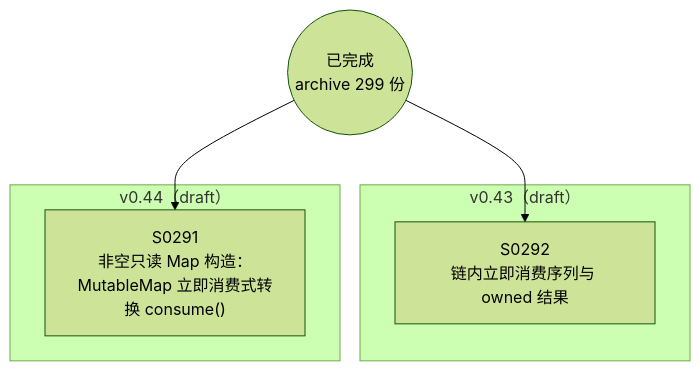
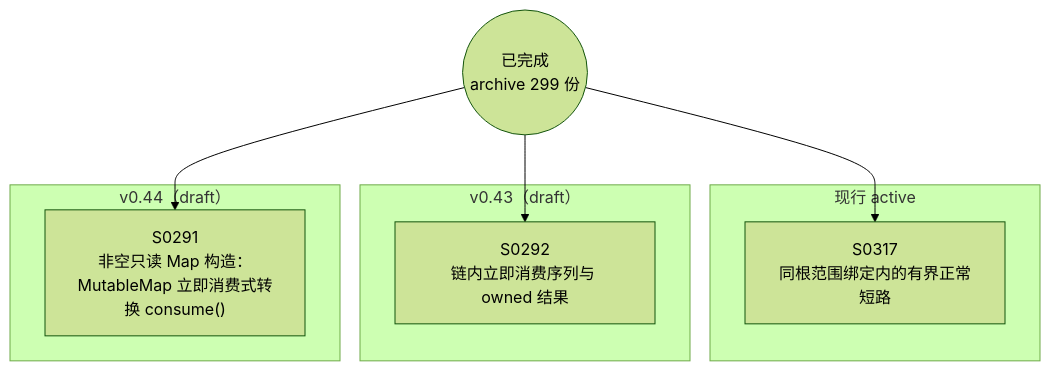
Before and after one commit to Halckon/Koven: the diagram in docs/specs/dependency-graph.md, drawn with Mermaid (forest theme). The commit also changed other lines of this file and 17 other files, not shown here.

````diff
--- a/docs/specs/dependency-graph.md
+++ b/docs/specs/dependency-graph.md
@@ -9,12 +9,16 @@
 ```mermaid
 flowchart TD
 ARCH(("已完成<br/>archive 299 份"))
+subgraph Gactive["现行 active"]
+  S0317["S0317<br/>同根范围绑定内的有界正常短路"]
+end
 subgraph Gdrafts_v043["v0.43（draft）"]
   S0292["S0292<br/>链内立即消费序列与 owned 结果"]
 end
 subgraph Gdrafts_v044["v0.44（draft）"]
   S0291["S0291<br/>非空只读 Map 构造：MutableMap 立即消费式转换 consume()"]
 end
 ARCH --> S0291
 ARCH --> S0292
+ARCH --> S0317
 ```
````
